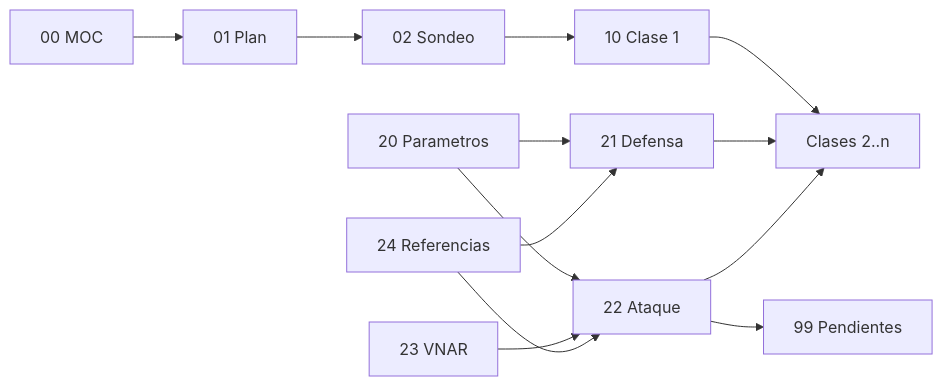
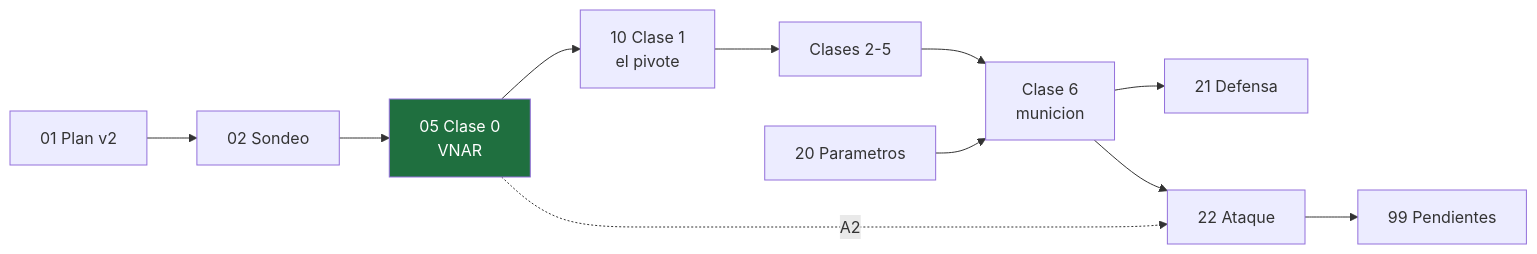
Before and after one commit to enzoxxaa/cerebro: the diagram in learn/Seminario-VNAR/00 MOC — Seminario VNAR.md, drawn with Mermaid. The commit also changed other lines of this file and 6 other files, not shown here.

````diff
--- a/learn/Seminario-VNAR/00 MOC — Seminario VNAR.md
+++ b/learn/Seminario-VNAR/00 MOC — Seminario VNAR.md
@@ -40,15 +61,14 @@
 ```mermaid
 graph LR
-    MOC["00 MOC"] --> PLAN["01 Plan"]
-    PLAN --> SON["02 Sondeo"]
-    SON --> C1["10 Clase 1"]
-    C1 --> CN["Clases 2..n"]
-    PAPER["20 Parametros"] --> DEF["21 Defensa"]
-    PAPER --> ATK["22 Ataque"]
-    VNAR["23 VNAR"] --> ATK
-    REF["24 Referencias"] --> DEF
-    REF --> ATK
-    DEF --> CN
-    ATK --> CN
+    PLAN["01 Plan v2"] --> SON["02 Sondeo"]
+    SON --> C0["05 Clase 0<br/>VNAR"]
+    C0 --> C1["10 Clase 1<br/>el pivote"]
+    C1 --> C2["Clases 2-5"]
+    C2 --> C6["Clase 6<br/>municion"]
+    PAPER["20 Parametros"] --> C6
+    C6 --> DEF["21 Defensa"]
+    C6 --> ATK["22 Ataque"]
+    C0 -.->|"A2"| ATK
     ATK --> PEND["99 Pendientes"]
+    style C0 fill:#1f6f3f,color:#fff
 ```
````
